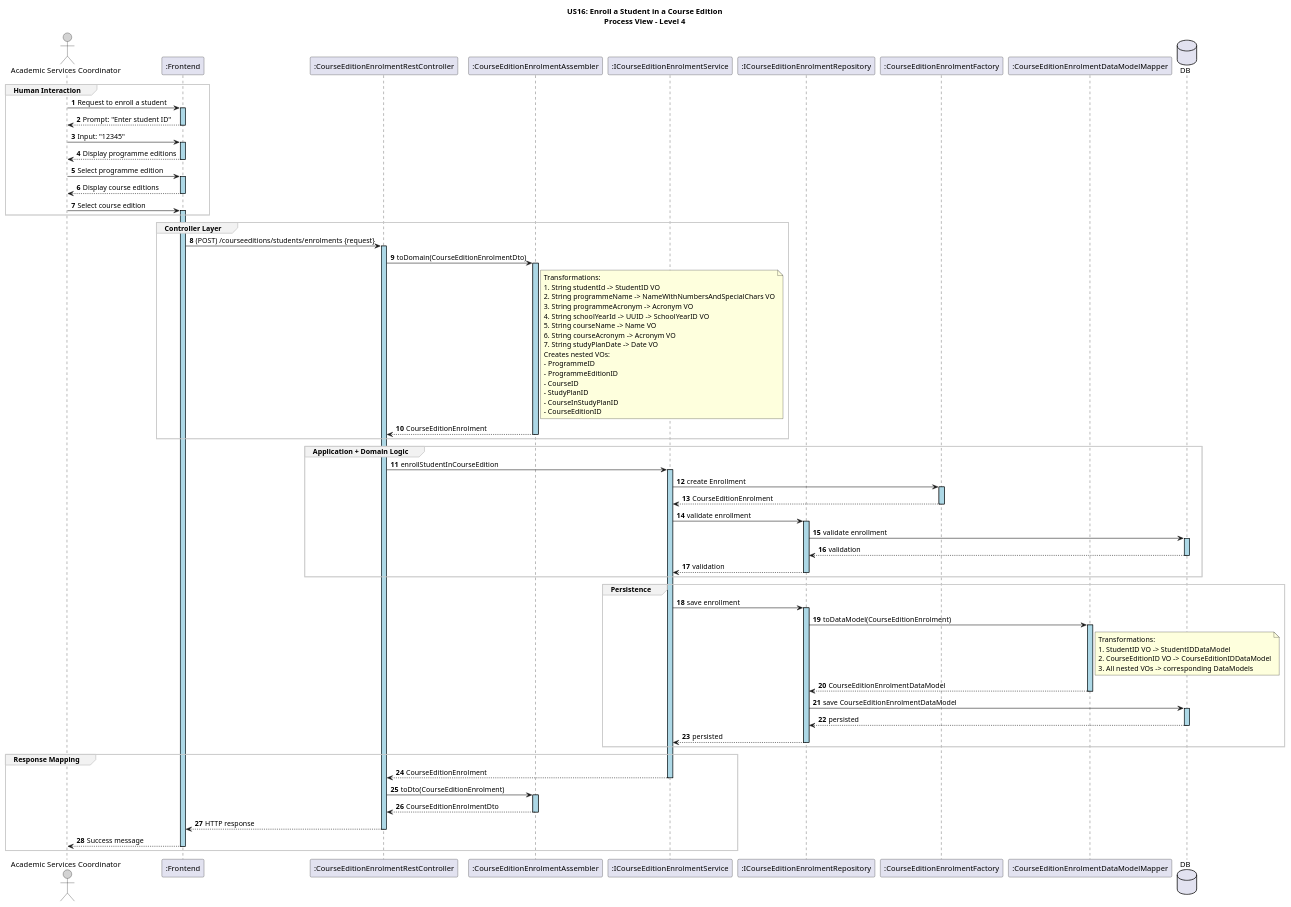
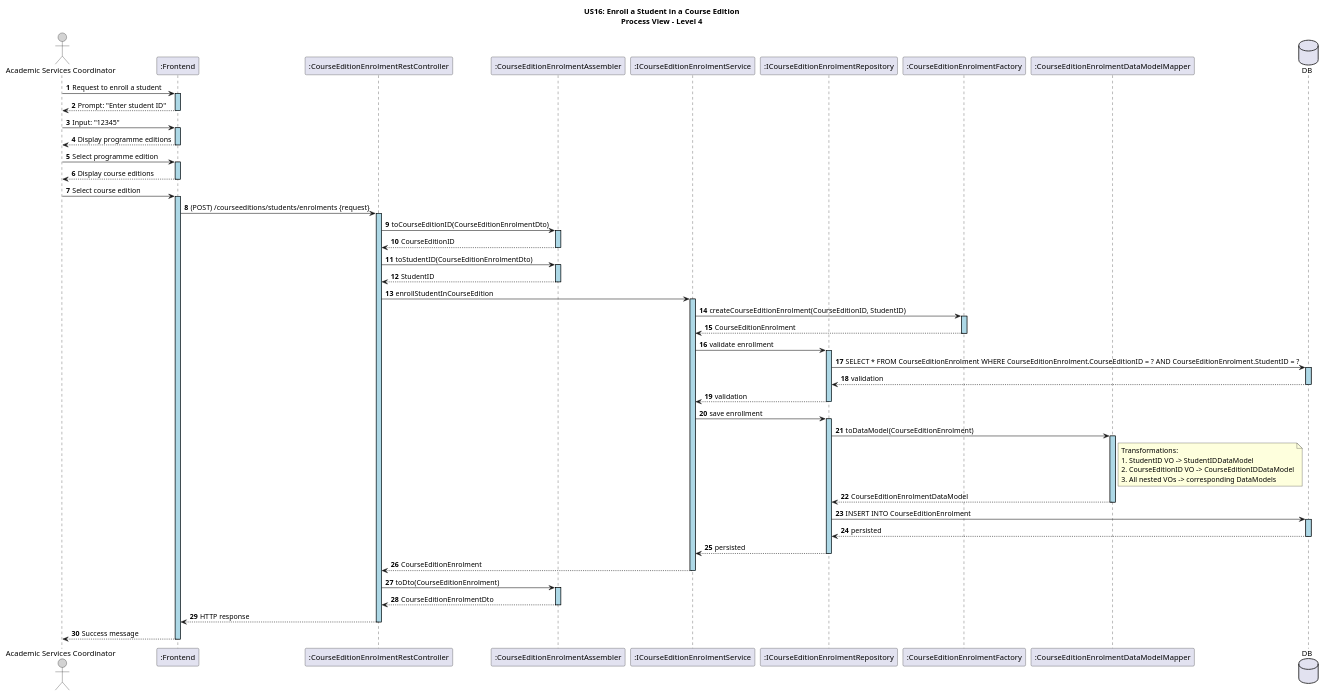
The diagram in docs/US16/sprint6_RestController/process_view/Level4.puml (GasparISEP/DevOps-PAI), drawn with PlantUML before and after one commit. The commit also changed 2 other files, not shown here.

Commit message:
Updated Process View Level 3, Level 4 and level5 diagrams to reflect changes in the enrollment process, including the introduction of a Router and Factory participants, and adjustments to the flow of data and interactions. Refs #589

```diff
--- a/docs/US16/sprint6_RestController/process_view/Level4.puml
+++ b/docs/US16/sprint6_RestController/process_view/Level4.puml
@@ -1,91 +1,64 @@
 @startuml
 
 title US16: Enroll a Student in a Course Edition\nProcess View – Level 4
 
 autonumber
 skinparam sequence {
     LifelineBorderColor black
     LifelineBackgroundColor LightBlue
     ActorBorderColor black
     ActorBackgroundColor LightGray
-    GroupBorderColor #cccccc
-    GroupBackgroundColor #f2f2f2
 }
 
 actor "Academic Services Coordinator" as ASC
 participant ":Frontend" as UI
 participant ":CourseEditionEnrolmentRestController" as Controller
 participant ":CourseEditionEnrolmentAssembler" as Assembler
 participant ":ICourseEditionEnrolmentService" as Service
 participant ":ICourseEditionEnrolmentRepository" as Repository
 participant ":CourseEditionEnrolmentFactory" as Factory
 participant ":CourseEditionEnrolmentDataModelMapper" as DataModelMapper
 database "DB" as SpringDataRepo
 
-group Human Interaction
 ASC -> UI ++: Request to enroll a student
 UI --> ASC --: Prompt: "Enter student ID"
 ASC -> UI ++: Input: "12345"
 UI --> ASC --: Display programme editions
 ASC -> UI ++: Select programme edition
 UI --> ASC --: Display course editions
 ASC -> UI ++: Select course edition
-end group
 
-group Controller Layer
 UI -> Controller ++: (POST) /courseeditions/students/enrolments {request}
-Controller -> Assembler ++: toDomain(CourseEditionEnrolmentDto)
-note right of Assembler
-  Transformations:
-  1. String studentId -> StudentID VO
-  2. String programmeName -> NameWithNumbersAndSpecialChars VO
-  3. String programmeAcronym -> Acronym VO
-  4. String schoolYearId -> UUID -> SchoolYearID VO
-  5. String courseName -> Name VO
-  6. String courseAcronym -> Acronym VO
-  7. String studyPlanDate -> Date VO
-  Creates nested VOs:
-  - ProgrammeID
-  - ProgrammeEditionID
-  - CourseID
-  - StudyPlanID
-  - CourseInStudyPlanID
-  - CourseEditionID
-end note
-Assembler --> Controller --: CourseEditionEnrolment
-end group
+Controller -> Assembler ++: toCourseEditionID(CourseEditionEnrolmentDto)
+Assembler --> Controller --: CourseEditionID
+Controller -> Assembler ++: toStudentID(CourseEditionEnrolmentDto)
+Assembler --> Controller --: StudentID
 
-group Application + Domain Logic
 Controller -> Service ++: enrollStudentInCourseEdition
-Service -> Factory ++: create Enrollment
+Service -> Factory ++: createCourseEditionEnrolment(CourseEditionID, StudentID)
 Factory --> Service --: CourseEditionEnrolment
 Service -> Repository ++: validate enrollment
-Repository -> SpringDataRepo ++: validate enrollment
+Repository -> SpringDataRepo ++: SELECT * FROM CourseEditionEnrolment WHERE CourseEditionEnrolment.CourseEditionID = ? AND CourseEditionEnrolment.StudentID = ?
 SpringDataRepo --> Repository --: validation
 Repository --> Service --: validation
-end group
 
-group Persistence
 Service -> Repository ++: save enrollment
 Repository -> DataModelMapper ++: toDataModel(CourseEditionEnrolment)
 note right of DataModelMapper
   Transformations:
   1. StudentID VO -> StudentIDDataModel
   2. CourseEditionID VO -> CourseEditionIDDataModel
   3. All nested VOs -> corresponding DataModels
 end note
 DataModelMapper --> Repository --: CourseEditionEnrolmentDataModel
-Repository -> SpringDataRepo ++: save CourseEditionEnrolmentDataModel
+Repository -> SpringDataRepo ++: INSERT INTO CourseEditionEnrolment
 SpringDataRepo --> Repository --: persisted
 Repository --> Service --: persisted
-end group
 
-group Response Mapping
 Service --> Controller --: CourseEditionEnrolment
 Controller -> Assembler ++: toDto(CourseEditionEnrolment)
 Assembler --> Controller --: CourseEditionEnrolmentDto
 Controller --> UI --: HTTP response
 UI --> ASC --: Success message
-end group
 
 @enduml
```
